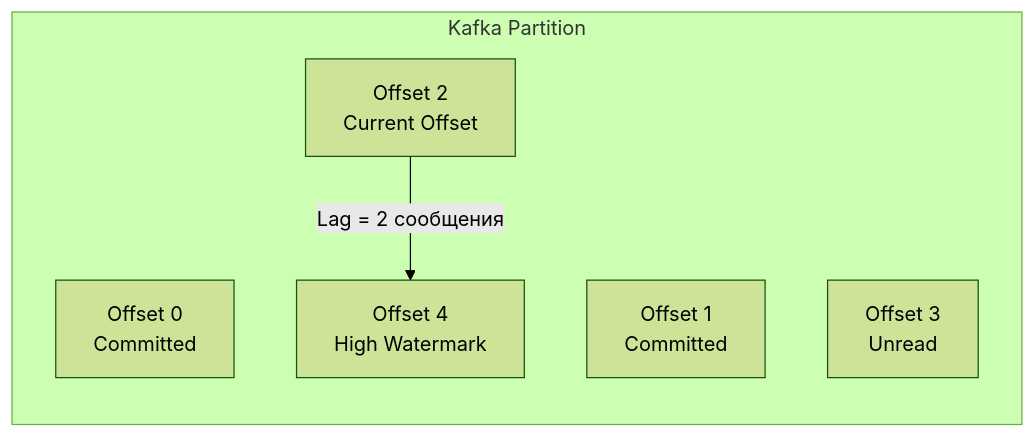
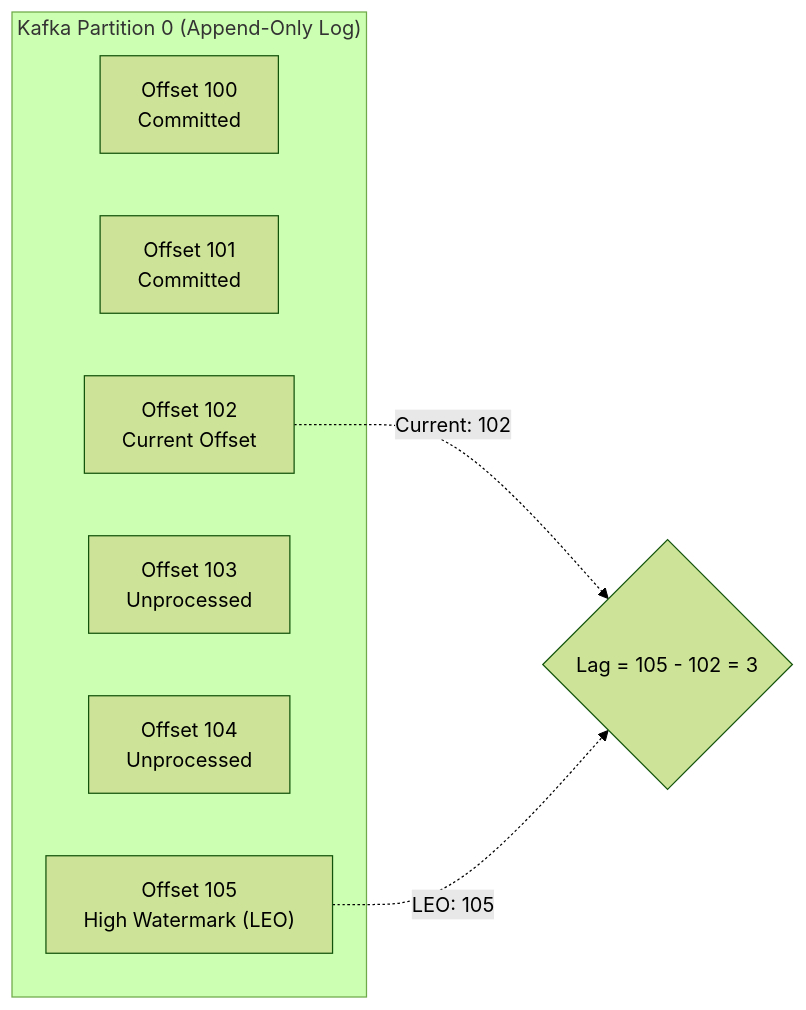
One commit to UnrealTemplier/go-textbook changed the third of 4 diagrams in sources/13. Очереди, брокеры сообщений и оркестраторы/07. Практика/9. Мониторинг lag и throughput.md. Above: the diagram before and after it, drawn with Mermaid (forest theme). The commit also changed other lines of this file, not shown here.

Commit message:
feat(module-13): editorial rewrite of lecture 9 (Мониторинг lag и throughput) in Subsection 7 in Kernighan style

````diff
--- a/sources/13. Очереди, брокеры сообщений и оркестраторы/07. Практика/9. Мониторинг lag и throughput.md
+++ b/sources/13. Очереди, брокеры сообщений и оркестраторы/07. Практика/9. Мониторинг lag и throughput.md
@@ -28,11 +95,13 @@
 ```mermaid
 flowchart LR
-    subgraph Kafka Partition
-        A["Offset 0<br>Committed"] 
-        B["Offset 1<br>Committed"]
-        C["Offset 2<br>Current Offset"]
-        D["Offset 3<br>Unread"]
-        E["Offset 4<br>High Watermark"]
+    subgraph "Kafka Partition 0 (Append-Only Log)"
+        O0["Offset 100<br>Committed"]
+        O1["Offset 101<br>Committed"]
+        O2["Offset 102<br>Current Offset"]
+        O3["Offset 103<br>Unprocessed"]
+        O4["Offset 104<br>Unprocessed"]
+        O5["Offset 105<br>High Watermark (LEO)"]
     end
-    C -->|"Lag = 2 сообщения"| E
+    O2 -.->|"Current: 102"| LagCalc{"Lag = 105 - 102 = 3"}
+    O5 -.->|"LEO: 105"| LagCalc
 ```
````
